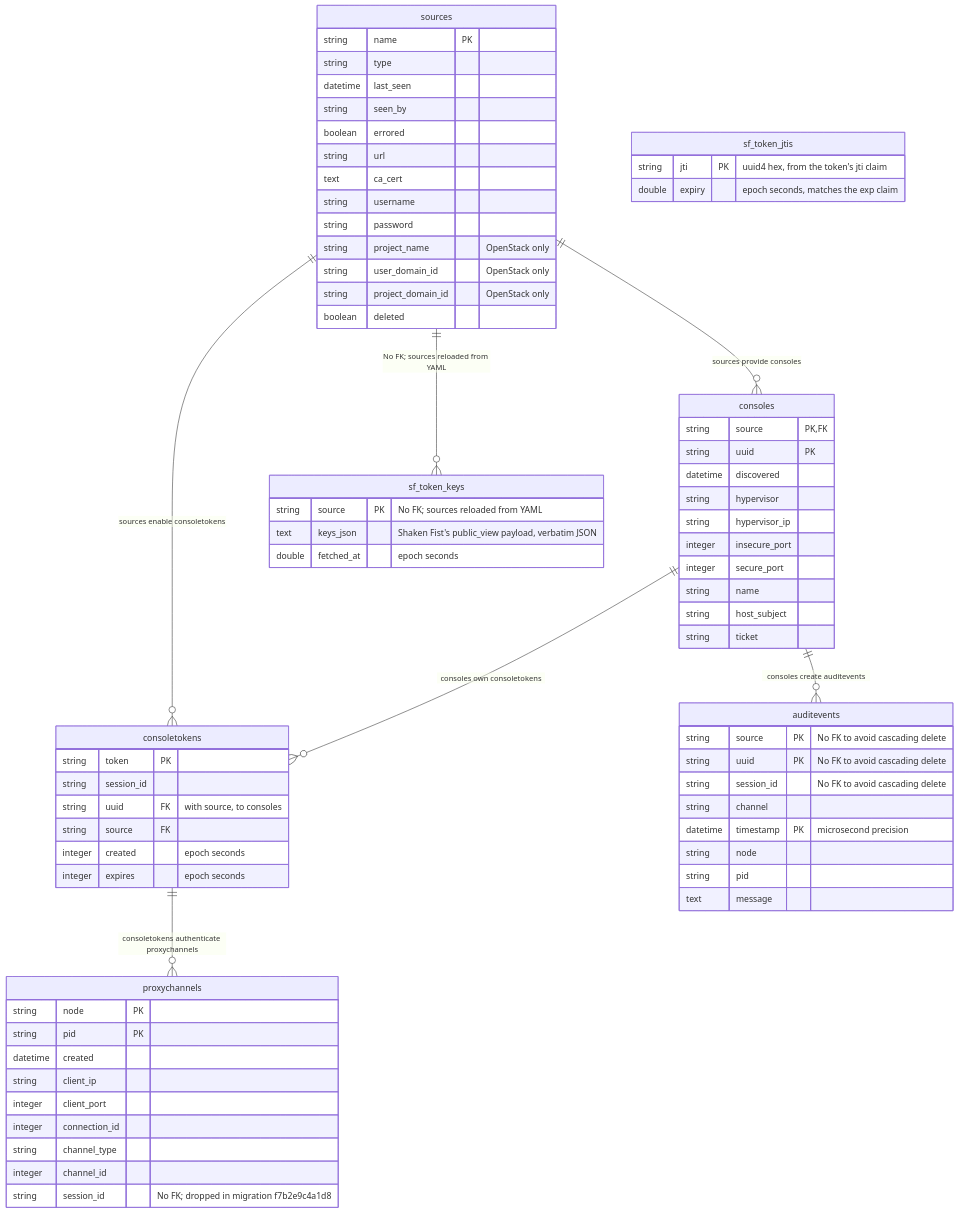
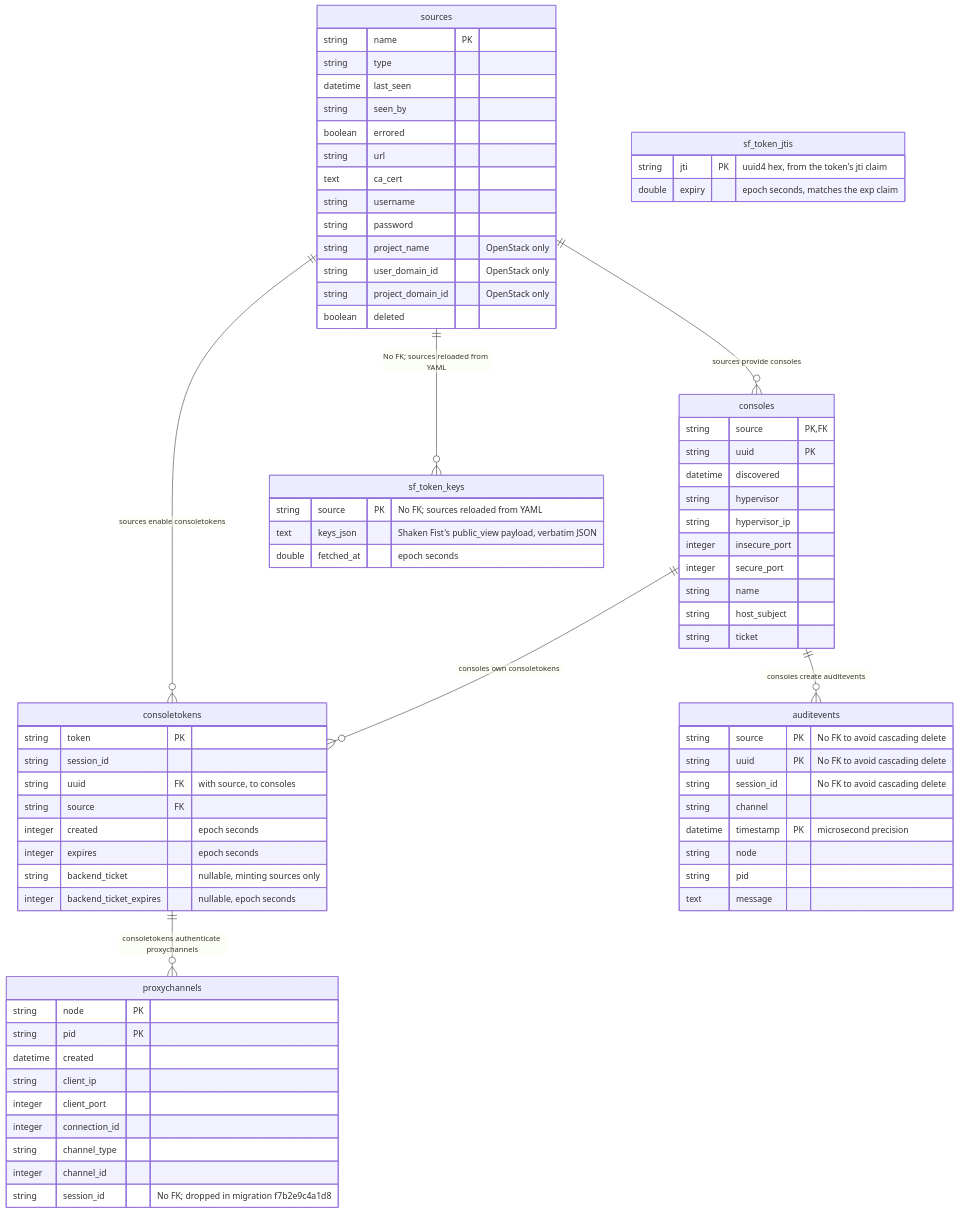
One commit to shakenfist/kerbside changed the diagram in docs/schema.md. Above: the diagram before and after it, drawn with Mermaid. The commit also changed other lines of this file and 7 other files, not shown here.

````diff
--- a/docs/schema.md
+++ b/docs/schema.md
@@ -7,80 +7,82 @@
 ```mermaid
 erDiagram
     sources {
         string name PK
         string type
         datetime last_seen
         string seen_by
         boolean errored
         string url
         text ca_cert
         string username
         string password
         string project_name "OpenStack only"
         string user_domain_id "OpenStack only"
         string project_domain_id "OpenStack only"
         boolean deleted
     }
 
     sources ||--o{ consoles : "sources provide consoles"
     consoles {
         string source PK, FK
         string uuid PK
         datetime discovered
         string hypervisor
         string hypervisor_ip
         integer insecure_port
         integer secure_port
         string name
         string host_subject
         string ticket
     }
 
     sources ||--o{ consoletokens: "sources enable consoletokens"
     consoles ||--o{ consoletokens: "consoles own consoletokens"
     consoletokens {
         string token PK
         string session_id
         string uuid FK "with source, to consoles"
         string source FK
         integer created "epoch seconds"
         integer expires "epoch seconds"
+        string backend_ticket "nullable, minting sources only"
+        integer backend_ticket_expires "nullable, epoch seconds"
     }
 
     consoletokens ||--o{ proxychannels: "consoletokens authenticate proxychannels"
     proxychannels {
         string node PK
         string pid PK
         datetime created
         string client_ip
         integer client_port
         integer connection_id
         string channel_type
         integer channel_id
         string session_id "No FK; dropped in migration f7b2e9c4a1d8"
     }
 
     consoles ||--o{ auditevents: "consoles create auditevents"
     auditevents {
         string source PK "No FK to avoid cascading delete"
         string uuid PK "No FK to avoid cascading delete"
         string session_id "No FK to avoid cascading delete"
         string channel
         datetime timestamp PK "microsecond precision"
         string node
         string pid
         text message
     }
 
     sf_token_jtis {
         string jti PK "uuid4 hex, from the token's jti claim"
         double expiry "epoch seconds, matches the exp claim"
     }
 
     sources ||--o{ sf_token_keys: "No FK; sources reloaded from YAML"
     sf_token_keys {
         string source PK "No FK; sources reloaded from YAML"
         text keys_json "Shaken Fist's public_view payload, verbatim JSON"
         double fetched_at "epoch seconds"
     }
 ```
````
